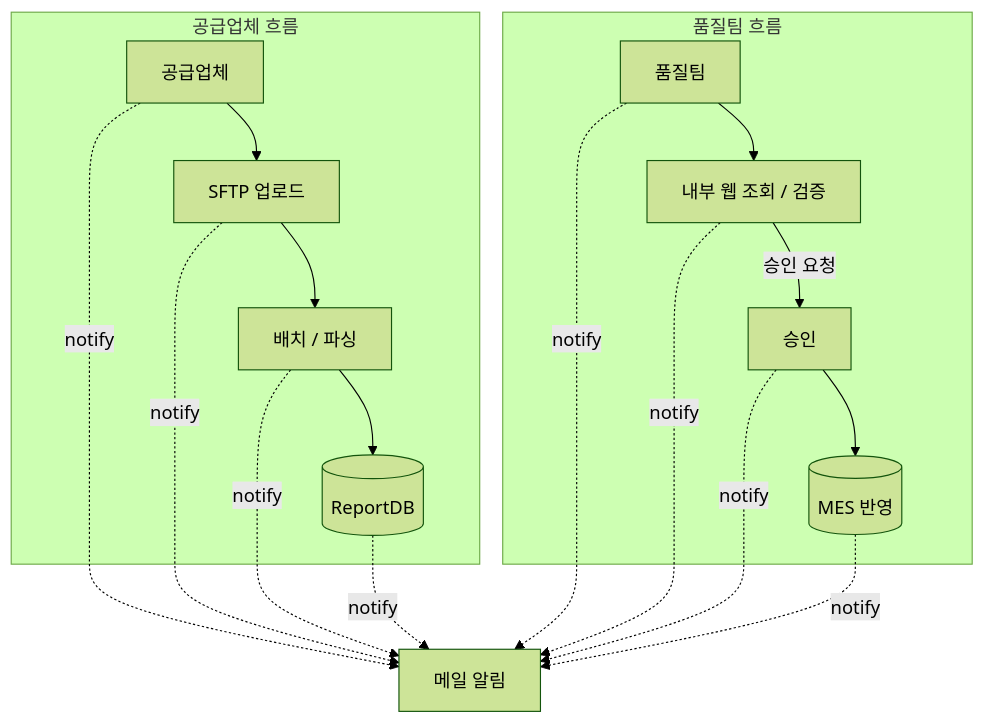
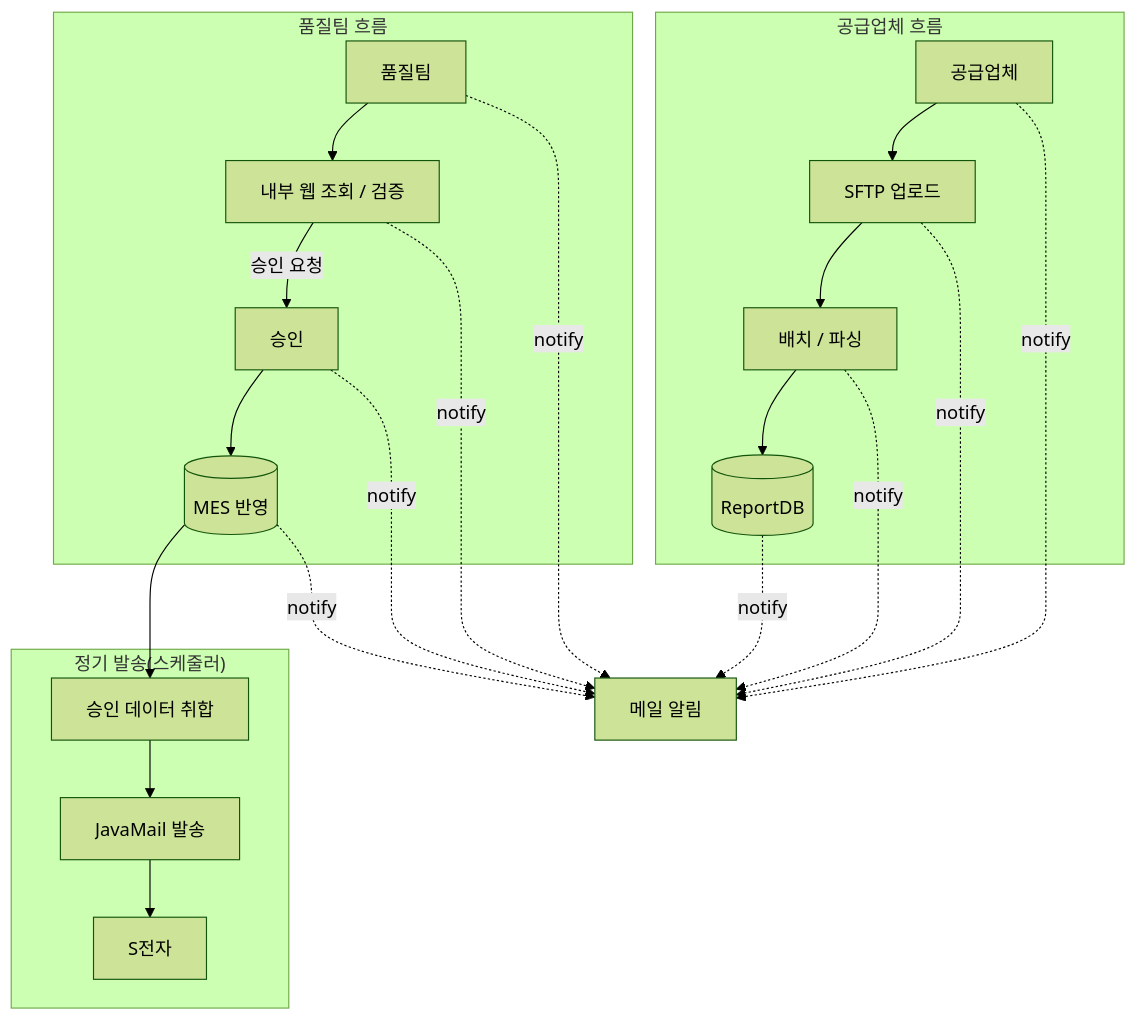
Before and after one commit to scourge1100/neverland: the third of 4 diagrams in content/projects/coa-system.md, drawn with Mermaid (forest theme). The commit also changed other lines of this file, not shown here.

Commit message:
CoA 문서 보강: S전자 명시, 데이터 조작 방지 배경, 정기 발송 플로우 추가

````diff
--- a/content/projects/coa-system.md
+++ b/content/projects/coa-system.md
@@ -92,21 +95,26 @@
 ```mermaid
 flowchart TD
     subgraph 공급업체_흐름["공급업체 흐름"]
         A1[공급업체] --> A2[SFTP 업로드]
         A2 --> A3[배치 / 파싱]
         A3 --> A4[(ReportDB)]
     end
     subgraph 품질팀_흐름["품질팀 흐름"]
         B1[품질팀] --> B2[내부 웹 조회 / 검증]
         B2 -->|승인 요청| B3[승인]
         B3 --> B4[(MES 반영)]
     end
+    subgraph 정기발송["정기 발송(스케줄러)"]
+        C1[승인 데이터 취합] --> C2[JavaMail 발송]
+        C2 --> C3[S전자]
+    end
+    B4 --> C1
     A1 -.notify.-> N[메일 알림]
     A2 -.notify.-> N
     A3 -.notify.-> N
     A4 -.notify.-> N
     B1 -.notify.-> N
     B2 -.notify.-> N
     B3 -.notify.-> N
     B4 -.notify.-> N
 ```
````
